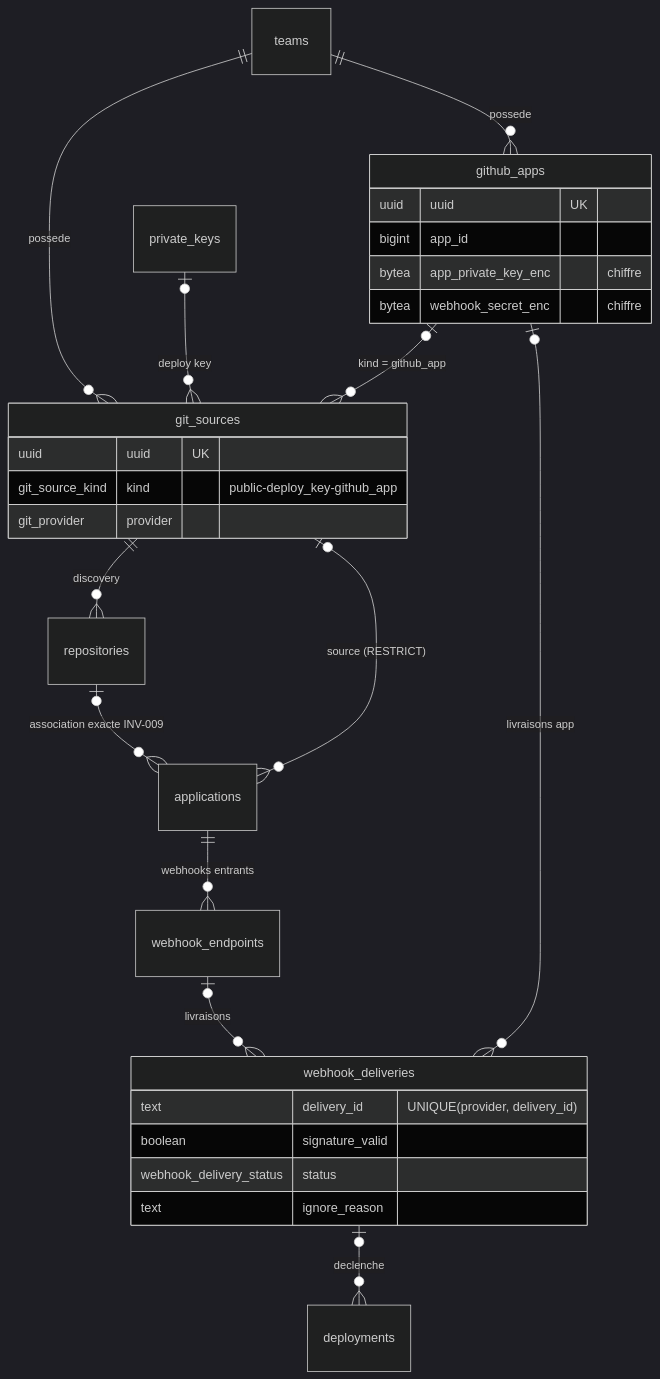
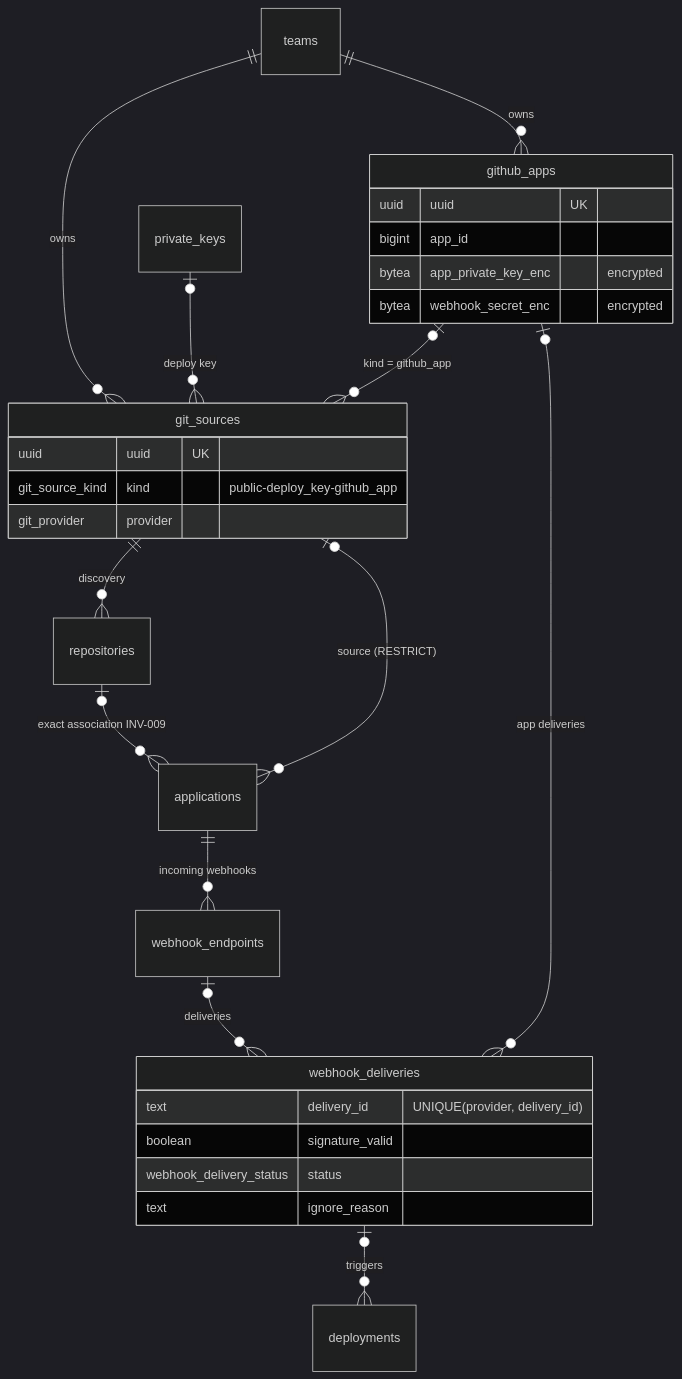
The fifth of 9 diagrams in docs/specs/erd.md (deepteams/akerdock), drawn with Mermaid (dark theme) before and after one commit. The commit also changed other lines of this file and 34 other files, not shown here.

````diff
--- a/docs/specs/erd.md
+++ b/docs/specs/erd.md
@@ -168,32 +168,32 @@
 ```mermaid
 erDiagram
-    teams ||--o{ git_sources : "possede"
-    teams ||--o{ github_apps : "possede"
+    teams ||--o{ git_sources : "owns"
+    teams ||--o{ github_apps : "owns"
     github_apps |o--o{ git_sources : "kind = github_app"
     private_keys |o--o{ git_sources : "deploy key"
     git_sources ||--o{ repositories : "discovery"
     git_sources |o--o{ applications : "source (RESTRICT)"
-    repositories |o--o{ applications : "association exacte INV-009"
-    applications ||--o{ webhook_endpoints : "webhooks entrants"
-    webhook_endpoints |o--o{ webhook_deliveries : "livraisons"
-    github_apps |o--o{ webhook_deliveries : "livraisons app"
-    webhook_deliveries |o--o{ deployments : "declenche"
+    repositories |o--o{ applications : "exact association INV-009"
+    applications ||--o{ webhook_endpoints : "incoming webhooks"
+    webhook_endpoints |o--o{ webhook_deliveries : "deliveries"
+    github_apps |o--o{ webhook_deliveries : "app deliveries"
+    webhook_deliveries |o--o{ deployments : "triggers"
 
     git_sources {
         uuid uuid UK
         git_source_kind kind "public-deploy_key-github_app"
         git_provider provider
     }
     github_apps {
         uuid uuid UK
         bigint app_id
-        bytea app_private_key_enc "chiffre"
-        bytea webhook_secret_enc "chiffre"
+        bytea app_private_key_enc "encrypted"
+        bytea webhook_secret_enc "encrypted"
     }
     webhook_deliveries {
         text delivery_id "UNIQUE(provider, delivery_id)"
         boolean signature_valid
         webhook_delivery_status status
         text ignore_reason
     }
 ```
````
